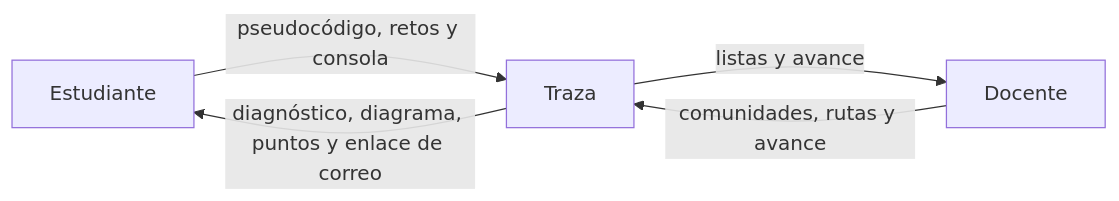
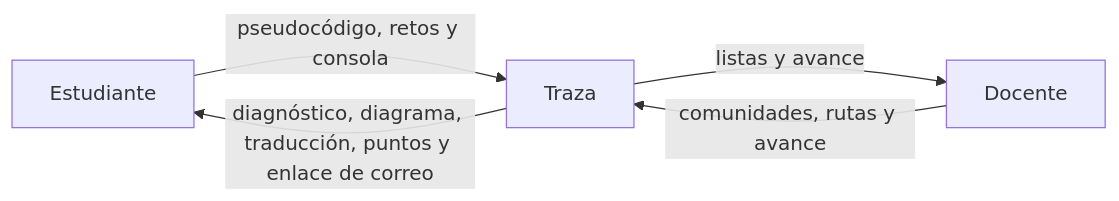
The first of 3 diagrams in docs/vistas/diagrama-c4.md (roque-code/FCDesign_client_server), drawn with Mermaid before and after one commit. The commit also changed other lines of this file and 62 other files, not shown here.

````diff
--- a/docs/vistas/diagrama-c4.md
+++ b/docs/vistas/diagrama-c4.md
@@ -9,10 +9,10 @@
 ```mermaid
 flowchart LR
     est[Estudiante]
     doc[Docente]
     traza[Traza]
     est -->|pseudocódigo, retos y consola| traza
     doc -->|comunidades, rutas y avance| traza
-    traza -->|diagnóstico, diagrama, puntos y enlace de correo| est
+    traza -->|diagnóstico, diagrama, traducción, puntos y enlace de correo| est
     traza -->|listas y avance| doc
 ```
````
